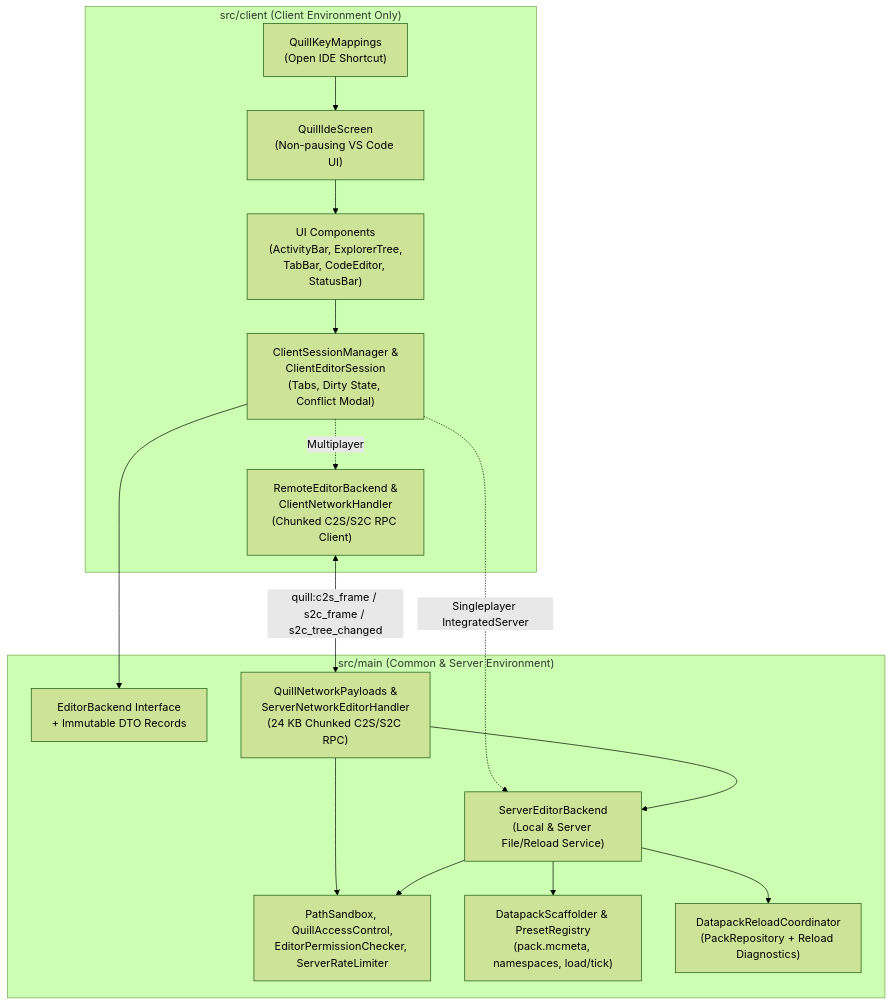
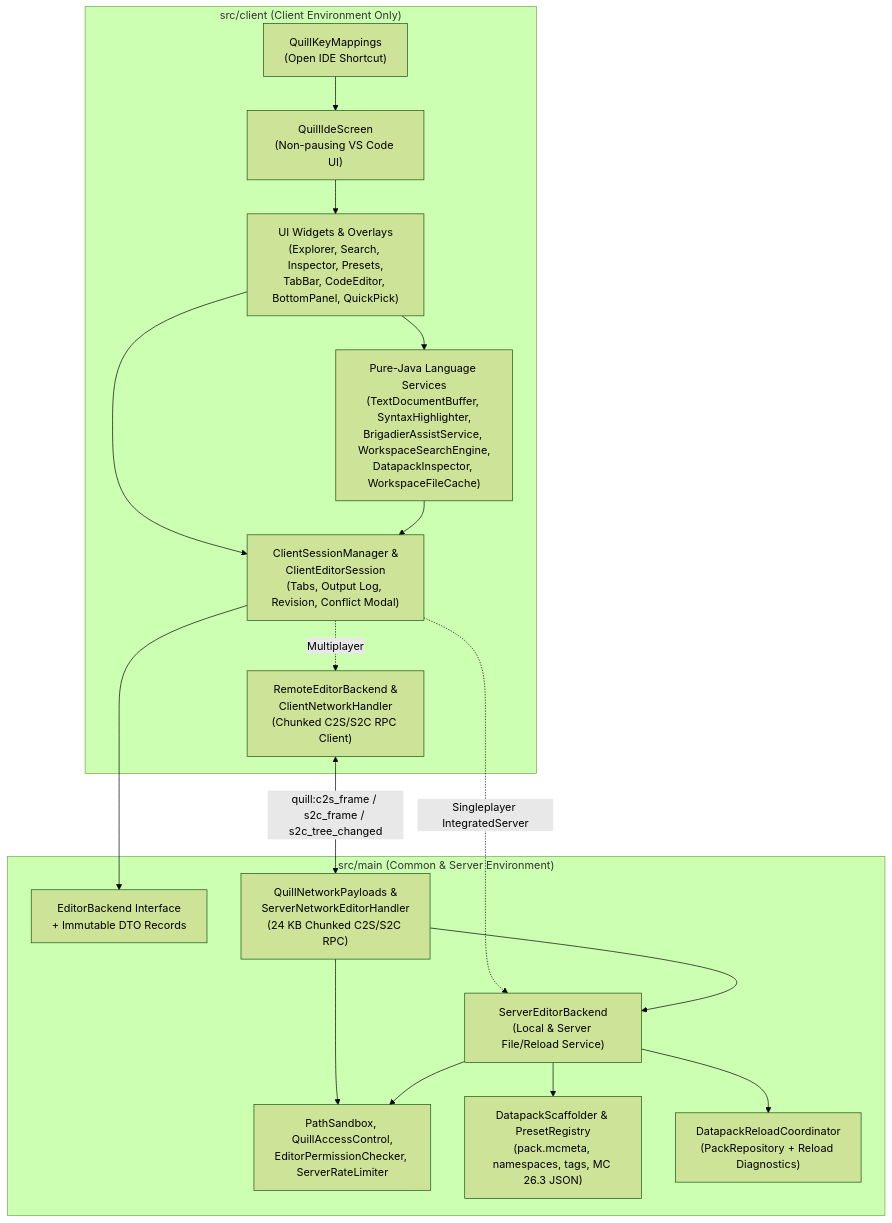
The first of 3 diagrams in docs/ARCHITECTURE.md (CatGirlClaude/quill), drawn with Mermaid (forest theme) before and after one commit. The commit also changed other lines of this file and 3 other files, not shown here.

Commit message:
docs: document Phase 4 IDE language services, MC 26.3 JSON schemas, and ADR-009

````diff
--- a/docs/ARCHITECTURE.md
+++ b/docs/ARCHITECTURE.md
@@ -13,32 +13,35 @@
 ```mermaid
 flowchart TB
     subgraph Client ["src/client (Client Environment Only)"]
         KeyBind["QuillKeyMappings\n(Open IDE Shortcut)"]
         Screen["QuillIdeScreen\n(Non-pausing VS Code UI)"]
-        Widgets["UI Components\n(ActivityBar, ExplorerTree,\nTabBar, CodeEditor, StatusBar)"]
-        ClientSession["ClientSessionManager &\nClientEditorSession\n(Tabs, Dirty State, Conflict Modal)"]
+        Widgets["UI Widgets & Overlays\n(Explorer, Search, Inspector, Presets,\nTabBar, CodeEditor, BottomPanel, QuickPick)"]
+        EditorSvc["Pure-Java Language Services\n(TextDocumentBuffer, SyntaxHighlighter,\nBrigadierAssistService, WorkspaceSearchEngine,\nDatapackInspector, WorkspaceFileCache)"]
+        ClientSession["ClientSessionManager &\nClientEditorSession\n(Tabs, Output Log, Revision, Conflict Modal)"]
         RemoteBackend["RemoteEditorBackend &\nClientNetworkHandler\n(Chunked C2S/S2C RPC Client)"]
     end
 
     subgraph Common ["src/main (Common & Server Environment)"]
         API["EditorBackend Interface\n+ Immutable DTO Records"]
         LocalBackend["ServerEditorBackend\n(Local & Server File/Reload Service)"]
         Sandbox["PathSandbox, QuillAccessControl,\nEditorPermissionChecker, ServerRateLimiter"]
-        Scaffolder["DatapackScaffolder & PresetRegistry\n(pack.mcmeta, namespaces, load/tick)"]
+        Scaffolder["DatapackScaffolder & PresetRegistry\n(pack.mcmeta, namespaces, tags, MC 26.3 JSON)"]
         Reloader["DatapackReloadCoordinator\n(PackRepository + Reload Diagnostics)"]
         NetServer["QuillNetworkPayloads &\nServerNetworkEditorHandler\n(24 KB Chunked C2S/S2C RPC)"]
     end
 
     KeyBind --> Screen
     Screen --> Widgets
+    Widgets --> EditorSvc
     Widgets --> ClientSession
+    EditorSvc --> ClientSession
     ClientSession --> API
     ClientSession -.->|Singleplayer IntegratedServer| LocalBackend
     ClientSession -.->|Multiplayer| RemoteBackend
     RemoteBackend <-->|quill:c2s_frame / s2c_frame / s2c_tree_changed| NetServer
     NetServer --> Sandbox
     NetServer --> LocalBackend
     LocalBackend --> Sandbox
     LocalBackend --> Scaffolder
     LocalBackend --> Reloader
 ```
````
